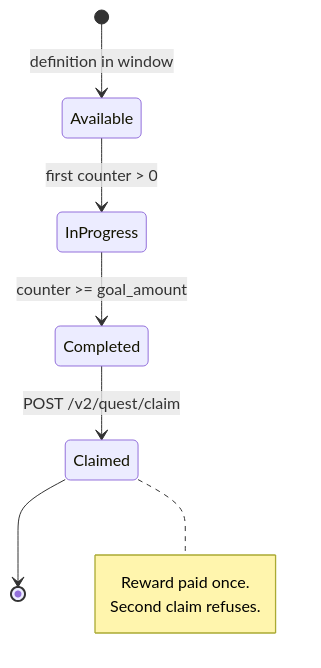
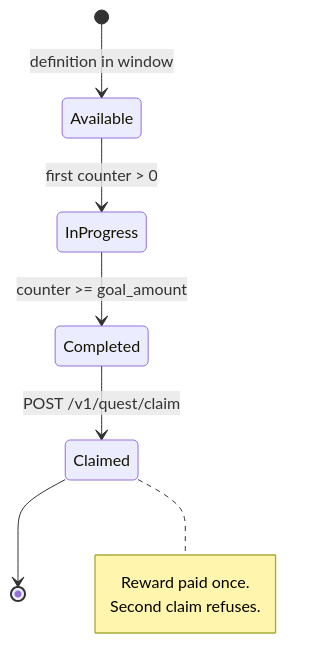
The diagram in docs/flows/quest-state.mmd (ananddub/cyg), drawn with Mermaid before and after one commit. The commit also changed 644 other files, not shown here.

```diff
--- a/docs/flows/quest-state.mmd
+++ b/docs/flows/quest-state.mmd
@@ -1,11 +1,11 @@
 stateDiagram-v2
     [*] --> Available: definition in window
     Available --> InProgress: first counter > 0
     InProgress --> Completed: counter >= goal_amount
-    Completed --> Claimed: POST /v2/quest/claim
+    Completed --> Claimed: POST /v1/quest/claim
     Claimed --> [*]
 
     note right of Claimed
         Reward paid once.
         Second claim refuses.
     end note
```
